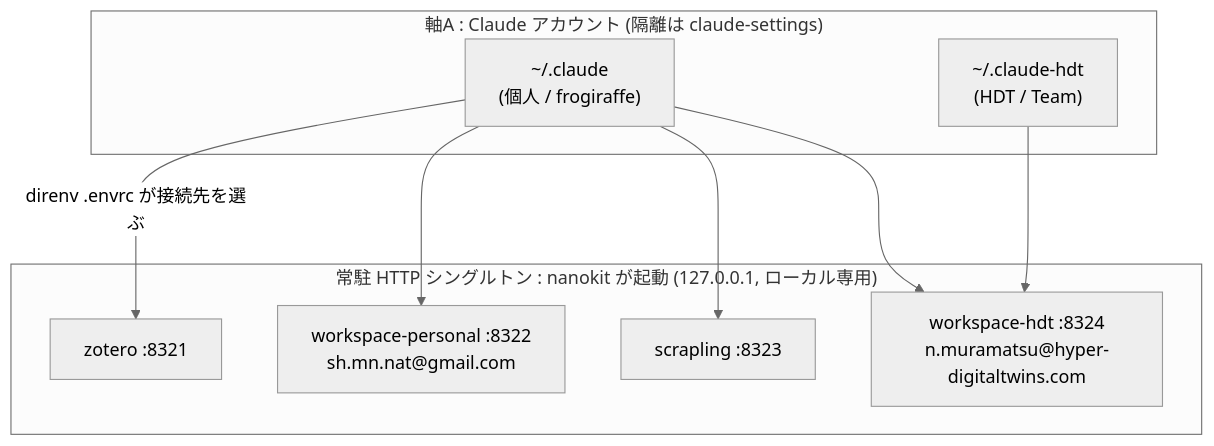
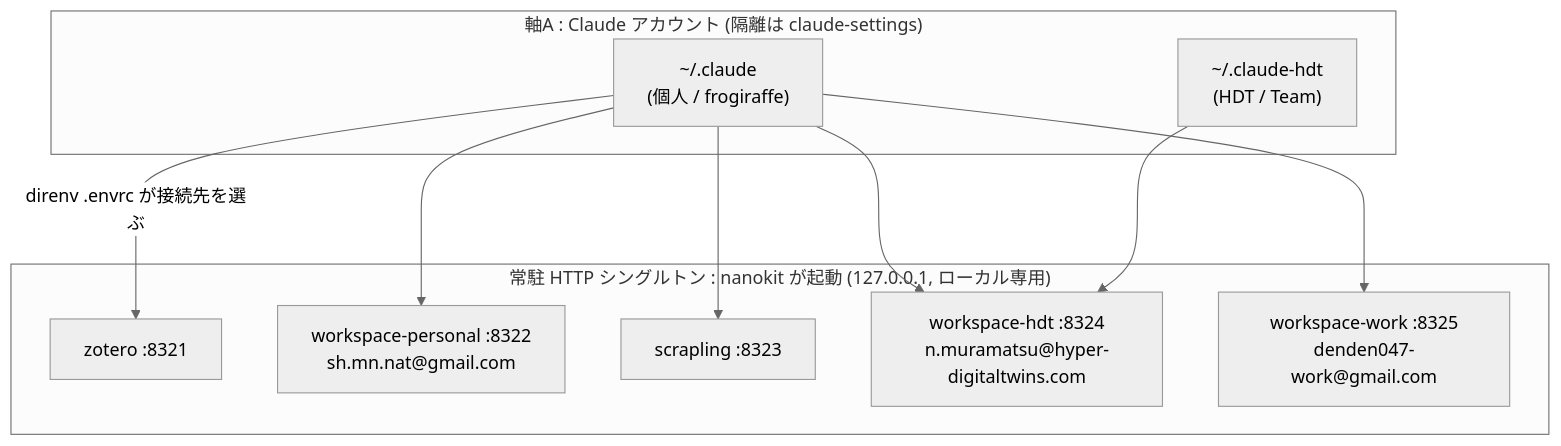
Before and after one commit to DenDen047/nanokit: the second of 2 diagrams in claude/ARCHITECTURE.md, drawn with Mermaid (neutral theme). The commit also changed other lines of this file and 9 other files, not shown here.

````diff
--- a/claude/ARCHITECTURE.md
+++ b/claude/ARCHITECTURE.md
@@ -115,20 +115,22 @@
 ```mermaid
 flowchart TB
     subgraph axisA["軸A : Claude アカウント (隔離は claude-settings)"]
         personal["~/.claude<br/>(個人 / frogiraffe)"]
         hdt["~/.claude-hdt<br/>(HDT / Team)"]
     end
 
     subgraph resident["常駐 HTTP シングルトン : nanokit が起動 (127.0.0.1, ローカル専用)"]
         z["zotero :8321"]
         wp["workspace-personal :8322<br/>sh.mn.nat@gmail.com"]
         sc["scrapling :8323"]
         wh["workspace-hdt :8324<br/>n.muramatsu@hyper-digitaltwins.com"]
+        ww["workspace-work :8325<br/>denden047-work@gmail.com"]
     end
 
     personal -->|"direnv .envrc が接続先を選ぶ"| z
     personal --> wp
     personal --> sc
     personal --> wh
+    personal --> ww
     hdt --> wh
 ```
````
